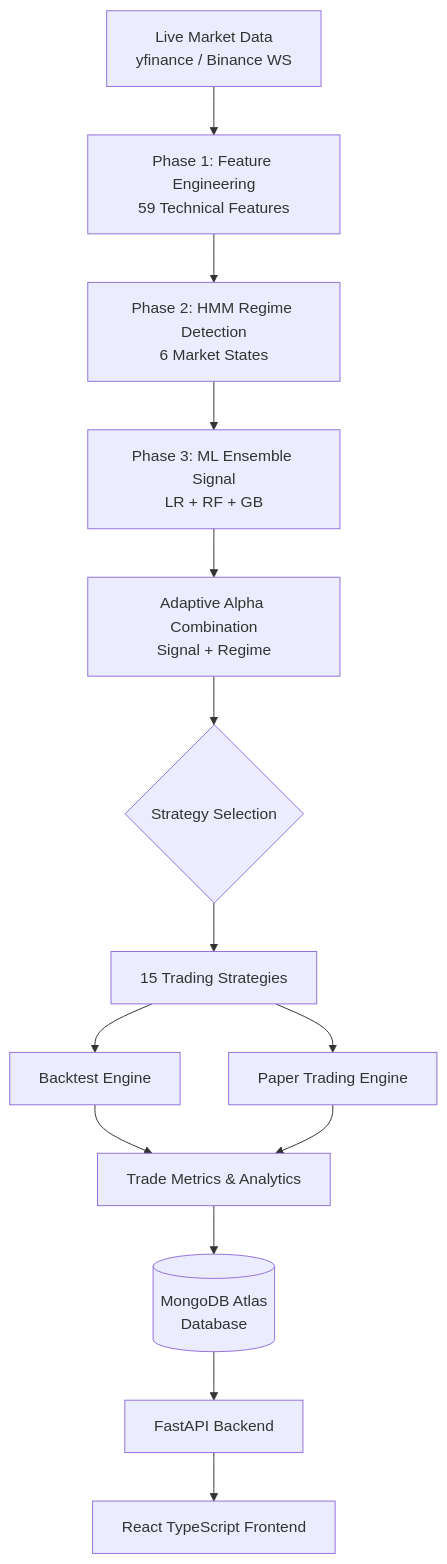
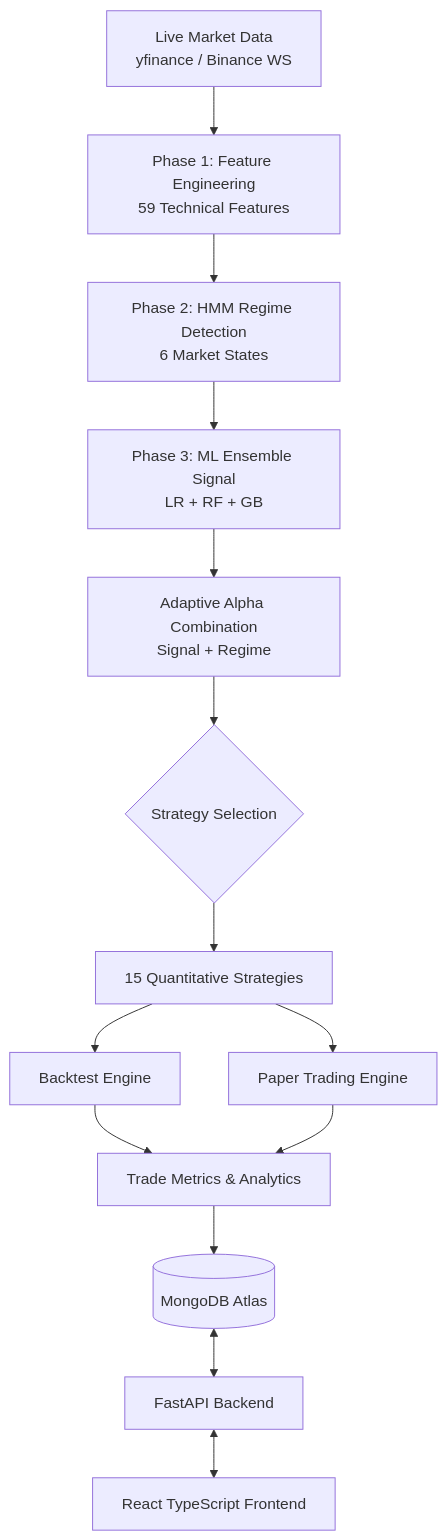
One commit to RonitSonawane/quantwise-ai-quant-trading changed the diagram in README.md. Above: the diagram before and after it, drawn with Mermaid. The commit also changed other lines of this file, not shown here.

````diff
--- a/README.md
+++ b/README.md
@@ -59,20 +60,20 @@
 ```mermaid
 graph TD
     A[Live Market Data<br>yfinance / Binance WS] --> B[Phase 1: Feature Engineering<br>59 Technical Features]
     B --> C[Phase 2: HMM Regime Detection<br>6 Market States]
     C --> D[Phase 3: ML Ensemble Signal<br>LR + RF + GB]
     D --> E[Adaptive Alpha Combination<br>Signal + Regime]
     
     E --> F{Strategy Selection}
-    F --> G[15 Trading Strategies]
+    F --> G[15 Quantitative Strategies]
     
     G --> H[Backtest Engine]
     G --> I[Paper Trading Engine]
     
     H --> J[Trade Metrics & Analytics]
     I --> J
     
-    J --> K[(MongoDB Atlas<br>Database)]
-    K --> L[FastAPI Backend]
-    L --> M[React TypeScript Frontend]
+    J --> K[(MongoDB Atlas)]
+    K <--> L[FastAPI Backend]
+    L <--> M[React TypeScript Frontend]
 ```
````
